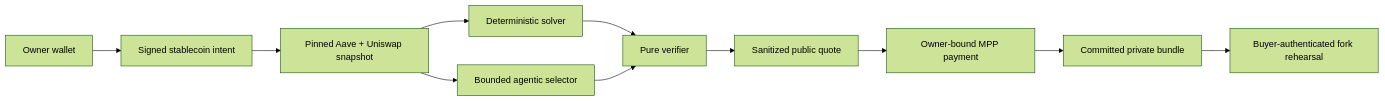
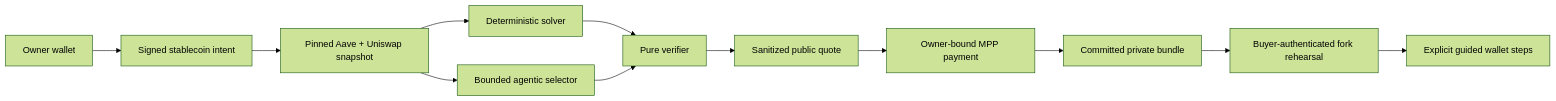
One commit to SebastianBoehler/cobia changed the diagram in README.md. Above: the diagram before and after it, drawn with Mermaid (forest theme). The commit also changed other lines of this file and 5 other files, not shown here.

````diff
--- a/README.md
+++ b/README.md
@@ -47,13 +49,14 @@
 ```mermaid
 flowchart LR
     W["Owner wallet"] --> I["Signed stablecoin intent"]
     I --> S["Pinned Aave + Uniswap snapshot"]
     S --> D["Deterministic solver"]
     S --> A["Bounded agentic selector"]
     D --> V["Pure verifier"]
     A --> V
     V --> Q["Sanitized public quote"]
     Q --> P["Owner-bound MPP payment"]
     P --> R["Committed private bundle"]
     R --> F["Buyer-authenticated fork rehearsal"]
+    F --> E["Explicit guided wallet steps"]
 ```
````
